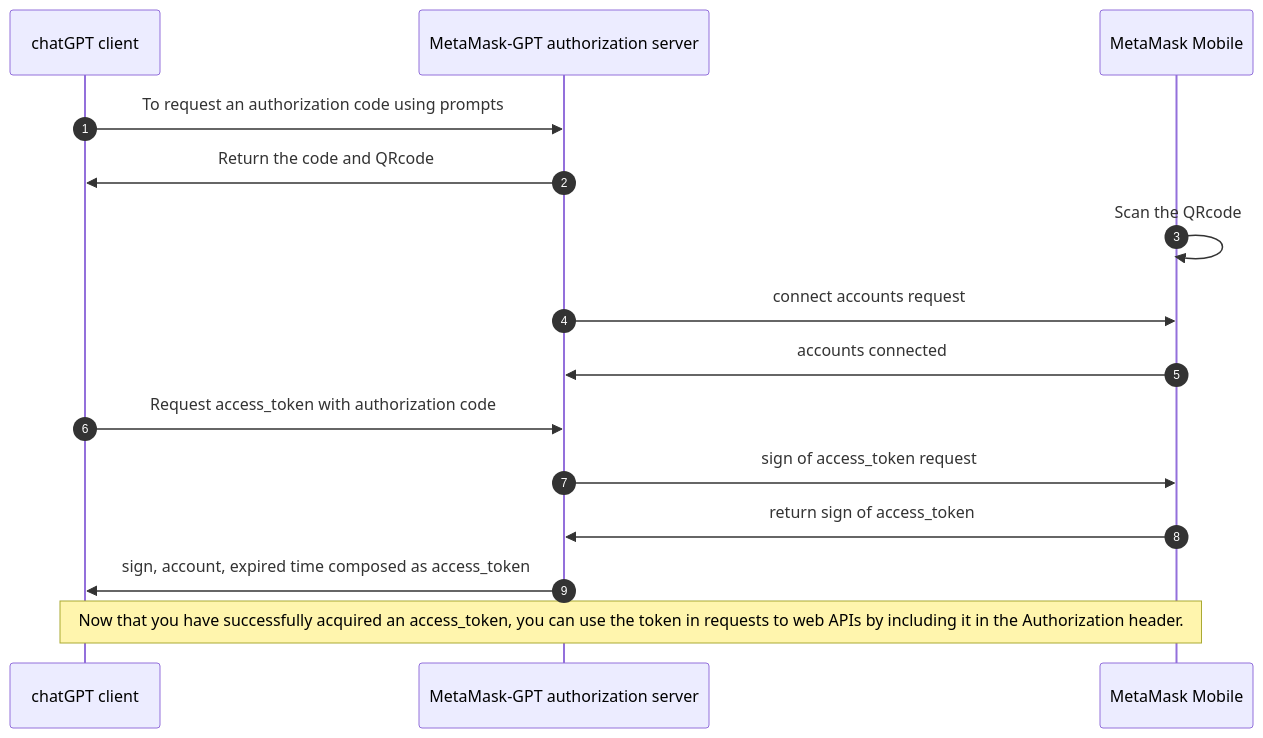
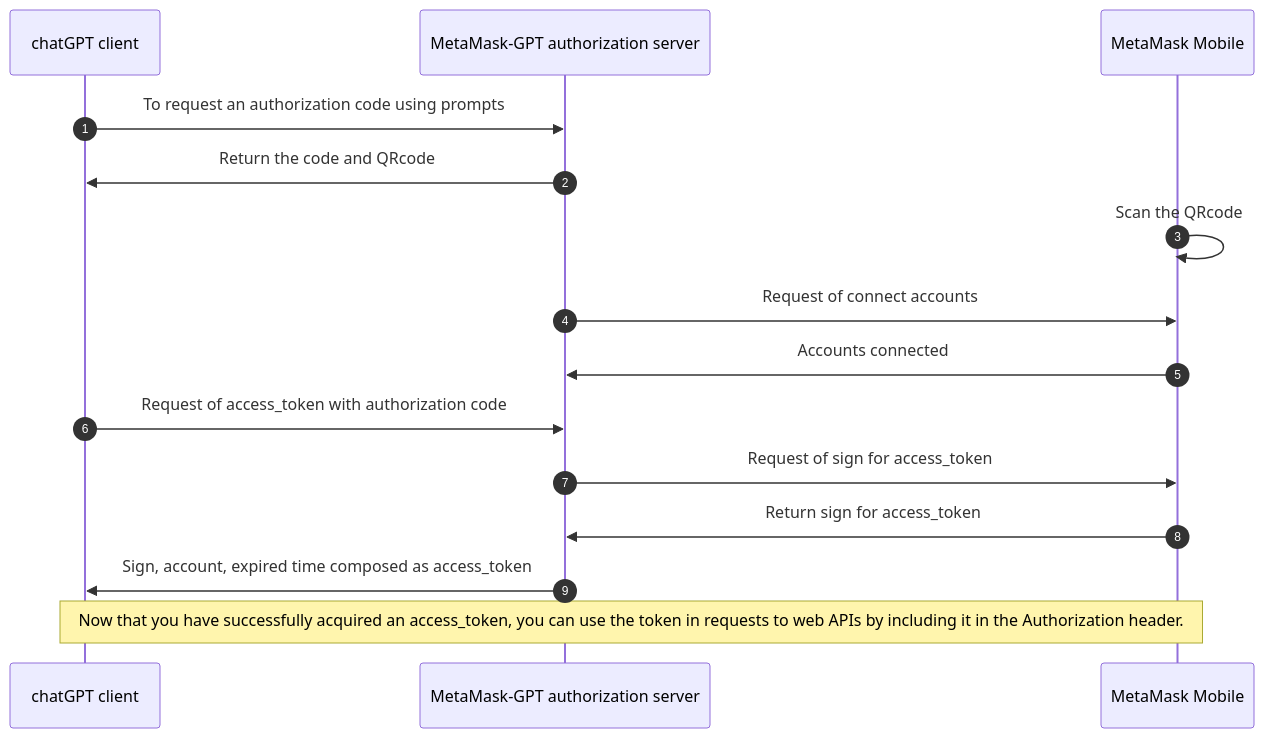
The diagram in website/docs/metamaskGPT/connect.mdx (TheBestOrNothing/thebestornothing.github.io), drawn with Mermaid before and after one commit. The commit also changed other lines of this file, not shown here.

````diff
--- a/website/docs/metamaskGPT/connect.mdx
+++ b/website/docs/metamaskGPT/connect.mdx
@@ -35,20 +35,20 @@
 ```mermaid
 
 sequenceDiagram
     autonumber
     participant chatGPTClient as chatGPT client
     participant MetaMask-GPTAuthServer as MetaMask-GPT authorization server
     participant MetaMaskMobile as MetaMask Mobile
 
     chatGPTClient->>MetaMask-GPTAuthServer: To request an authorization code using prompts
     MetaMask-GPTAuthServer->>chatGPTClient: Return the code and QRcode
     MetaMaskMobile->>MetaMaskMobile: Scan the QRcode 
-    MetaMask-GPTAuthServer->>MetaMaskMobile: connect accounts request
-    MetaMaskMobile->>MetaMask-GPTAuthServer: accounts connected
-    chatGPTClient->>MetaMask-GPTAuthServer: Request access_token with authorization code
-    MetaMask-GPTAuthServer->>MetaMaskMobile: sign of access_token  request
-    MetaMaskMobile->>MetaMask-GPTAuthServer: return sign of access_token 
-    MetaMask-GPTAuthServer->>chatGPTClient: sign, account, expired time composed as access_token
+    MetaMask-GPTAuthServer->>MetaMaskMobile: Request of connect accounts 
+    MetaMaskMobile->>MetaMask-GPTAuthServer: Accounts connected
+    chatGPTClient->>MetaMask-GPTAuthServer: Request of access_token with authorization code
+    MetaMask-GPTAuthServer->>MetaMaskMobile: Request of sign for access_token 
+    MetaMaskMobile->>MetaMask-GPTAuthServer: Return sign for access_token 
+    MetaMask-GPTAuthServer->>chatGPTClient: Sign, account, expired time composed as access_token
     note over chatGPTClient, MetaMaskMobile: Now that you have successfully acquired an access_token, you can use the token in requests to web APIs by including it in the Authorization header.
 
 ```
````
